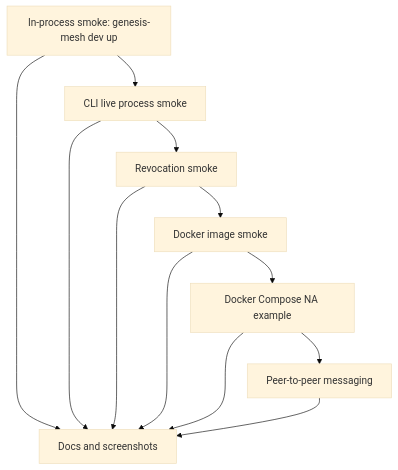
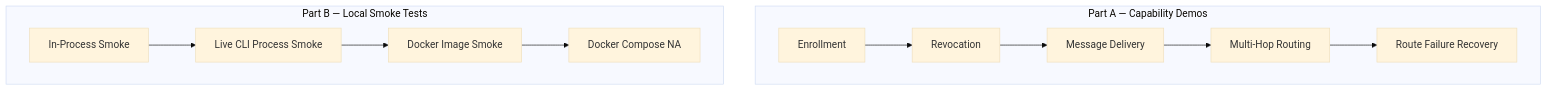
Before and after one commit to GenesisMeshLabs/genesismesh: the first of 7 diagrams in docs/examples/demos.md, drawn with Mermaid (base theme). The commit also changed other lines of this file and 2 other files, not shown here.

Commit message:
feat: add route failure recovery section and demo to README and update related GIF

````diff
--- a/docs/examples/demos.md
+++ b/docs/examples/demos.md
@@ -15,14 +22,20 @@
 ```{mermaid}
 flowchart TD
-    A[In-process smoke: genesis-mesh dev up] --> B[CLI live process smoke]
-    B --> C[Revocation smoke]
-    C --> D[Docker image smoke]
-    D --> F[Docker Compose NA example]
-    F --> G[Peer-to-peer messaging]
-    A --> E[Docs and screenshots]
-    B --> E
-    C --> E
-    D --> E
-    F --> E
-    G --> E
+    subgraph A[Part A — Capability Demos]
+        A1[Enrollment]
+        A2[Revocation]
+        A3[Message Delivery]
+        A4[Multi-Hop Routing]
+        A5[Route Failure Recovery]
+    end
+
+    subgraph B[Part B — Local Smoke Tests]
+        B1[In-Process Smoke]
+        B2[Live CLI Process Smoke]
+        B3[Docker Image Smoke]
+        B4[Docker Compose NA]
+    end
+
+    A1 --> A2 --> A3 --> A4 --> A5
+    B1 --> B2 --> B3 --> B4
 ```
````
